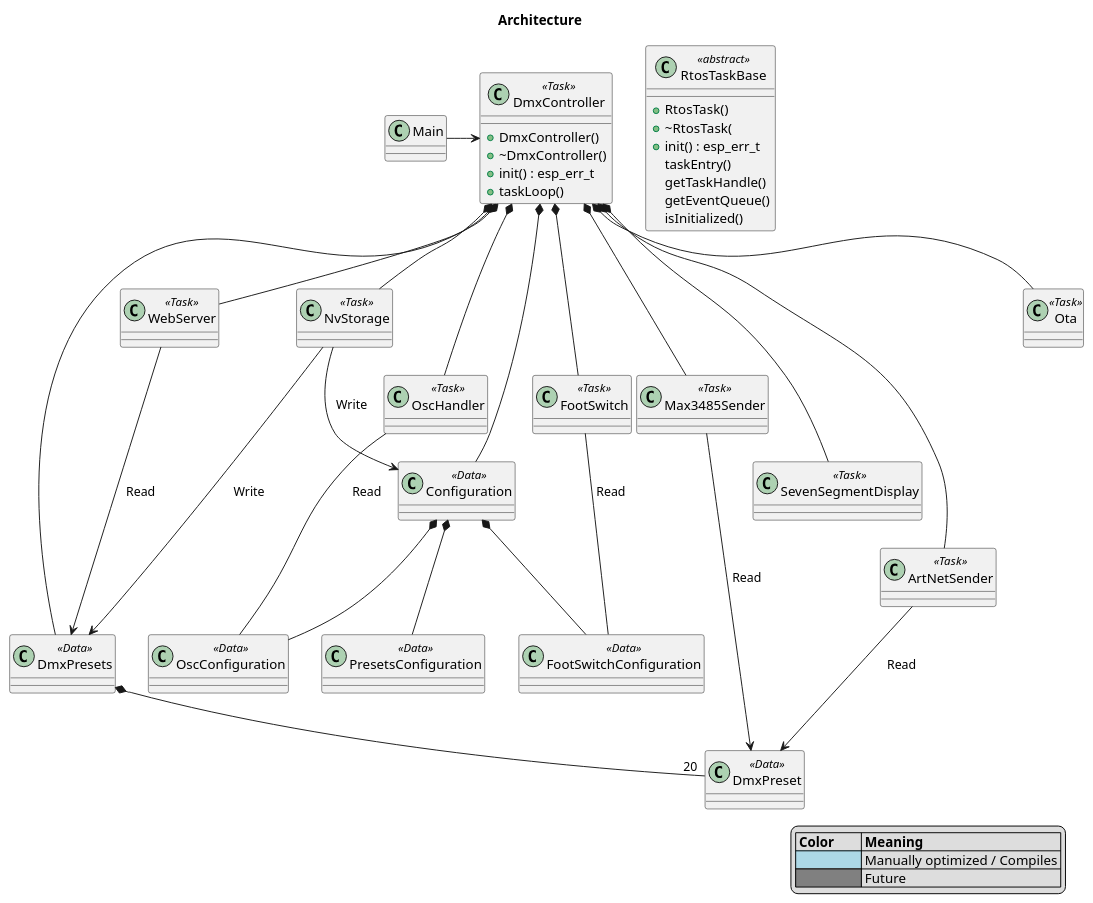
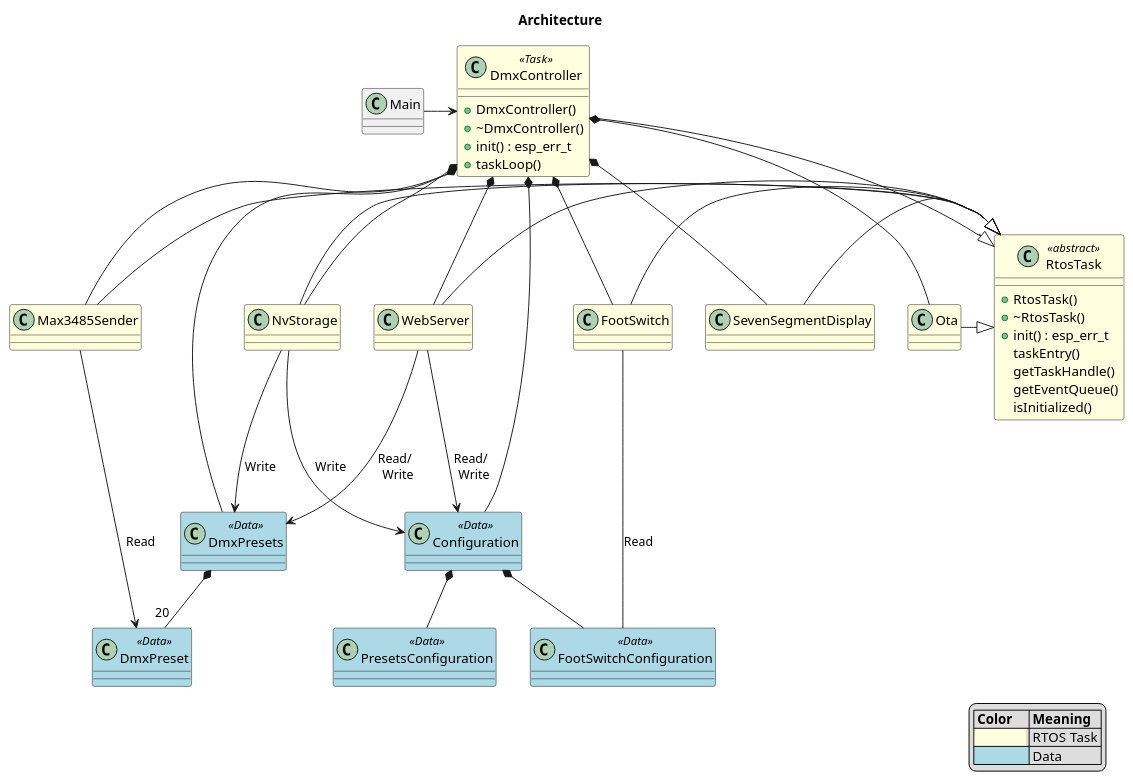
The first of 8 diagrams in Documentation/software_design.puml (michelkeijzers/Esp32DmxController), drawn with PlantUML before and after one commit. The commit also changed other lines of this file and 51 other files, not shown here.

```diff
--- a/Documentation/software_design.puml
+++ b/Documentation/software_design.puml
@@ -1,79 +1,92 @@
 @startuml
 title Architecture
 
 legend right
     |= Color |= Meaning |
-    |<back:LightBlue>                   | Manually optimized / Compiles |
-    |<back:Grey>                   | Future |
+    |<back:LightYellow>               | RTOS Task |
+    |<back:LightBlue>                | Data |
 endlegend
 
 class Main  { }
-class DmxController <<Task>>
-{
-    +DmxController()
-    +~DmxController()
-    +init() : esp_err_t
-    +taskLoop()
-}
 
-Main -> DmxController
-
-class RtosTaskBase <<abstract>>
+class RtosTask <<abstract>> #lightYellow 
 {
     +RtosTask()
-    +~RtosTask(
+    +~RtosTask()
     +init() : esp_err_t
     taskEntry()
     getTaskHandle()
     getEventQueue()
     isInitialized()
 }
 
-class NvStorage <<Task>> {}
+class DmxController <<Task>> #LightYellow
+{
+    +DmxController()
+    +~DmxController()
+    +init() : esp_err_t
+    +taskLoop()
+}
+Main -> DmxController
+DmxController -|> RtosTask
+
+class NvStorage #lightYellow {}
 DmxController *-- NvStorage
+NvStorage -|> RtosTask
+
+class Max3485Sender #lightYellow {}
+DmxController *- Max3485Sender
+Max3485Sender -|> RtosTask
+
+class FootSwitch #lightYellow {}
+DmxController *-- FootSwitch
+FootSwitch -|> RtosTask
+
+class SevenSegmentDisplay #lightYellow {}
+DmxController *-- SevenSegmentDisplay
+SevenSegmentDisplay -|> RtosTask
+
+class Ota #lightYellow {}
+DmxController *-- Ota 
+Ota -|> RtosTask
+
+class WebServer #lightYellow {}
+DmxController *-- WebServer
+WebServer -|> RtosTask
+
+'class OscHandler <<RtosTask>> #lightYellow {}
+'DmxController *-- OscHandler
+
+'class ArtNetSender <<RtosTask>> #lightYellow {}
+'DmxController *-- ArtNetSender
+'ArtNetSender --> DmxPreset : Read
+
+class DmxPresets <<Data>> #lightBlue {}
+DmxController *-- DmxPresets
+
+class DmxPreset <<Data>> #lightBlue {}
+DmxPresets *--"20" DmxPreset
+
+class Configuration <<Data>> #lightBlue {}
+DmxController *-- Configuration
+
+class PresetsConfiguration <<Data>> #lightBlue {}
+Configuration *-- PresetsConfiguration 
+
+class FootSwitchConfiguration <<Data>> #lightBlue {}
+
 NvStorage --> DmxPresets : Write
 NvStorage --> Configuration : Write
 
-class OscHandler <<Task>> {}
-DmxController *-- OscHandler
+'class OscConfiguration <<Data>> #grey {}
+'Configuration *-- OscConfiguration
+'OscHandler -- OscConfiguration : Read
 
-class Max3485Sender <<Task>> {}
-DmxController *-- Max3485Sender
-Max3485Sender --> DmxPreset : Read
-
-class ArtNetSender <<Task>> {}
-DmxController *-- ArtNetSender
-ArtNetSender --> DmxPreset : Read
-
-class FootSwitch <<Task>> {}
-DmxController *-- FootSwitch
-
-class SevenSegmentDisplay <<Task>> {}
-DmxController *--- SevenSegmentDisplay
-
-class WebServer <<Task>> {}
-DmxController *-- WebServer
-WebServer ---> DmxPresets : Read
-
-class DmxPresets <<Data>> { }
-DmxController *-- DmxPresets
-class DmxPreset <<Data>> {}
-DmxPresets *--"20" DmxPreset
-
-class Configuration <<Data>>{}
-DmxController *--- Configuration
-
-class PresetsConfiguration <<Data>>{}
-Configuration *-- PresetsConfiguration
-
-class FootSwitchConfiguration <<Data>>{}
 Configuration *-- FootSwitchConfiguration
 FootSwitch -- FootSwitchConfiguration : Read
 
-class OscConfiguration <<Data>>{}
-Configuration *-- OscConfiguration
-OscHandler -- OscConfiguration : Read
+WebServer --> DmxPresets : Read/ \n Write
+WebServer --> Configuration : Read/ \n Write
 
-class Ota <<Task>> {}
-DmxController *-- Ota 
-@enduml
+Max3485Sender --> DmxPreset : Read
+@enduml 
```
